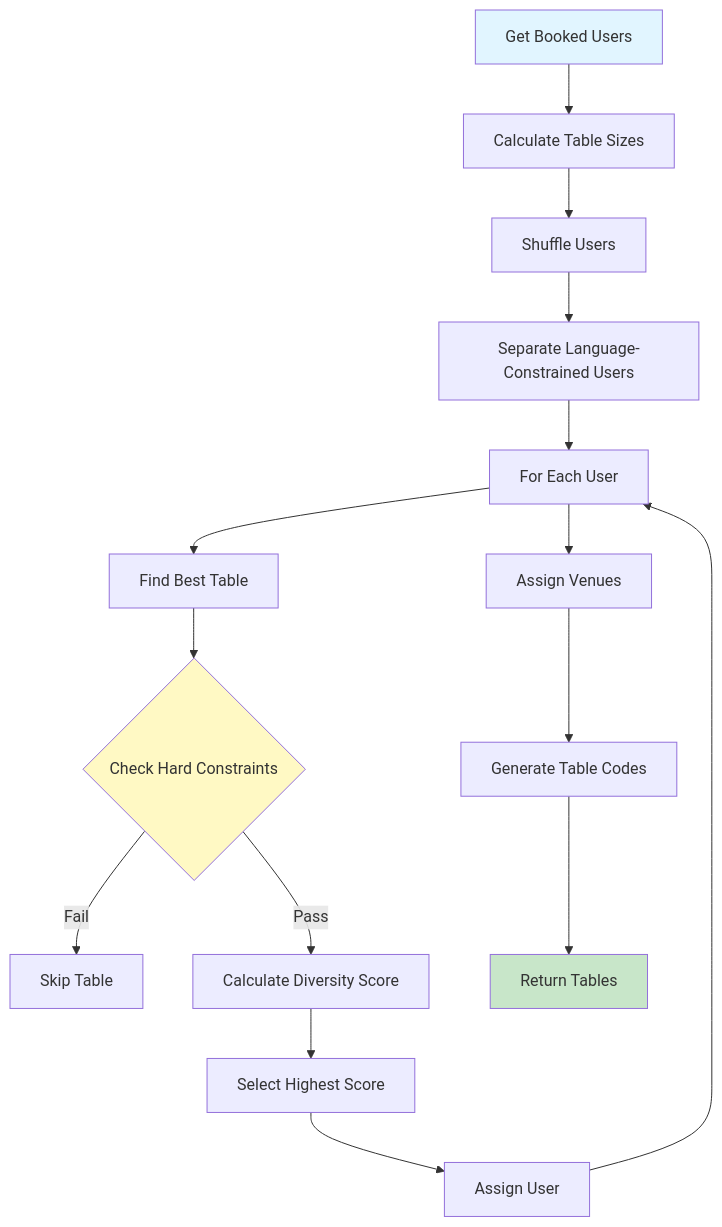
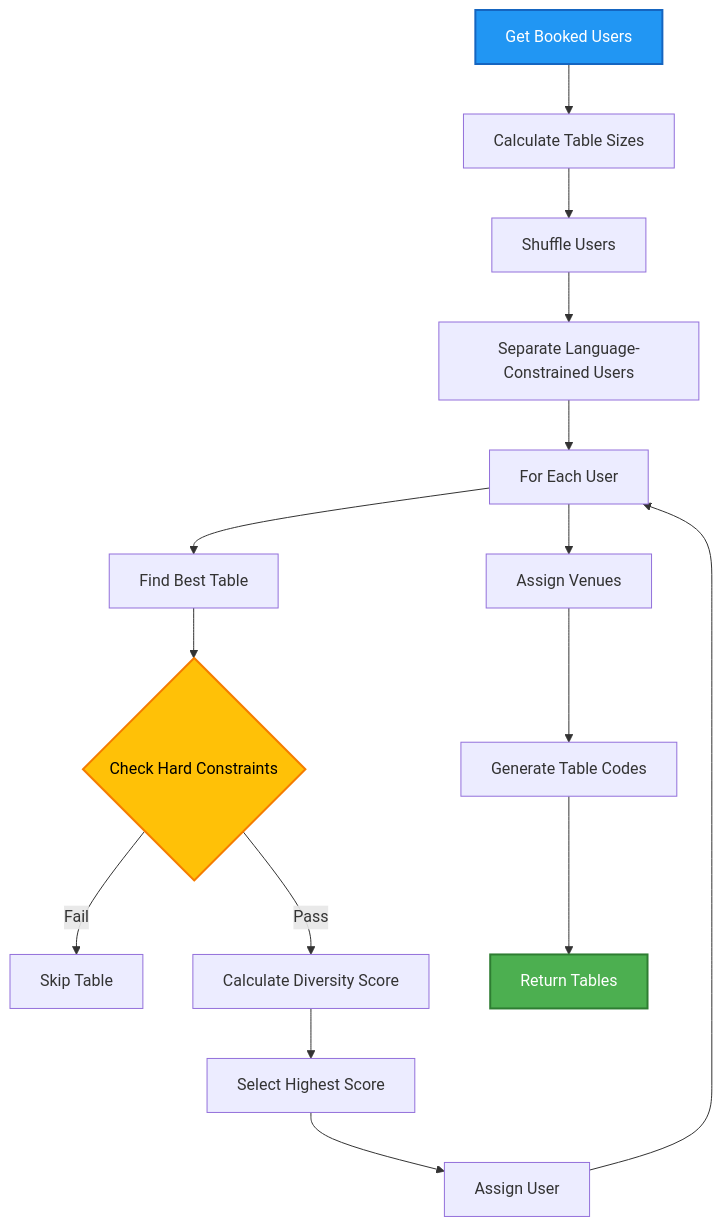
The ninth of 10 diagrams in USER_GUIDE.md (daniposa/devconnect), drawn with Mermaid before and after one commit. The commit also changed other lines of this file, not shown here.

Commit message:
docs: Update Mermaid diagram colors for better visibility

````diff
--- a/USER_GUIDE.md
+++ b/USER_GUIDE.md
@@ -419,21 +419,21 @@
 ```mermaid
 flowchart TD
     A[Get Booked Users] --> B[Calculate Table Sizes]
     B --> C[Shuffle Users]
     C --> D[Separate Language-Constrained Users]
     D --> E[For Each User]
     E --> F[Find Best Table]
     F --> G{Check Hard Constraints}
     G -->|Fail| H[Skip Table]
     G -->|Pass| I[Calculate Diversity Score]
     I --> J[Select Highest Score]
     J --> K[Assign User]
     K --> E
     E --> L[Assign Venues]
     L --> M[Generate Table Codes]
     M --> N[Return Tables]
     
-    style A fill:#e1f5ff
-    style G fill:#fff9c4
-    style N fill:#c8e6c9
+    style A fill:#2196F3,stroke:#1565C0,stroke-width:2px,color:#fff
+    style G fill:#FFC107,stroke:#F57C00,stroke-width:2px,color:#000
+    style N fill:#4CAF50,stroke:#2E7D32,stroke-width:2px,color:#fff
 ```
````
